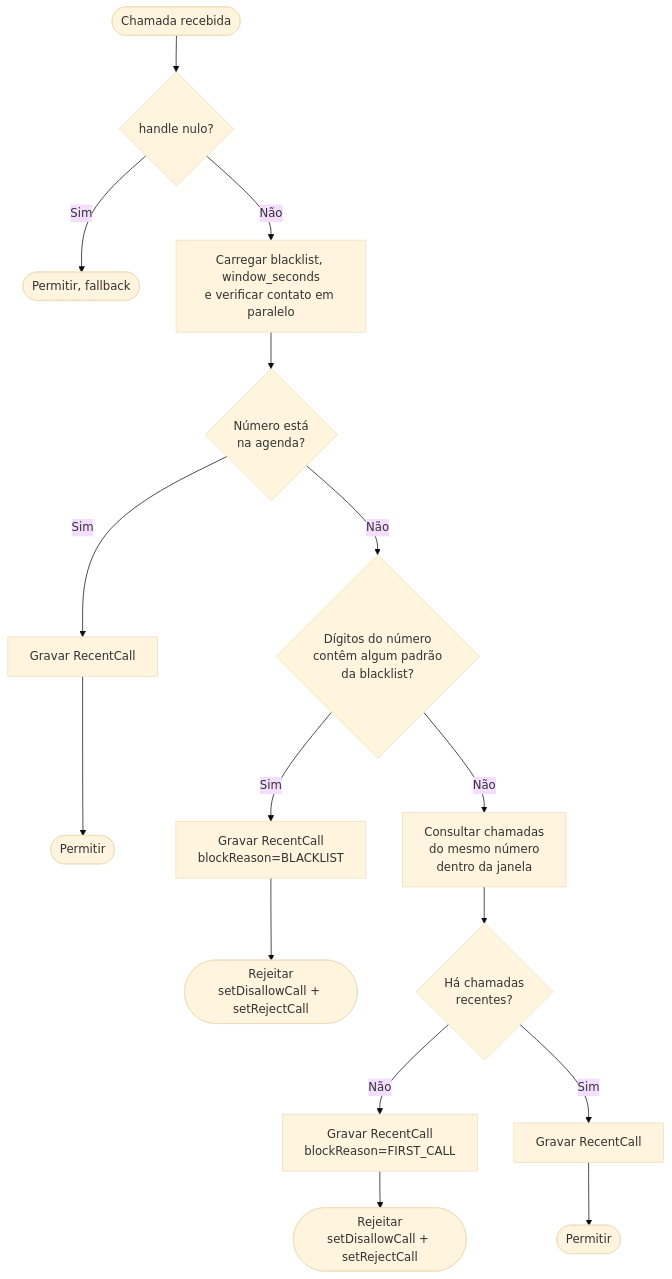
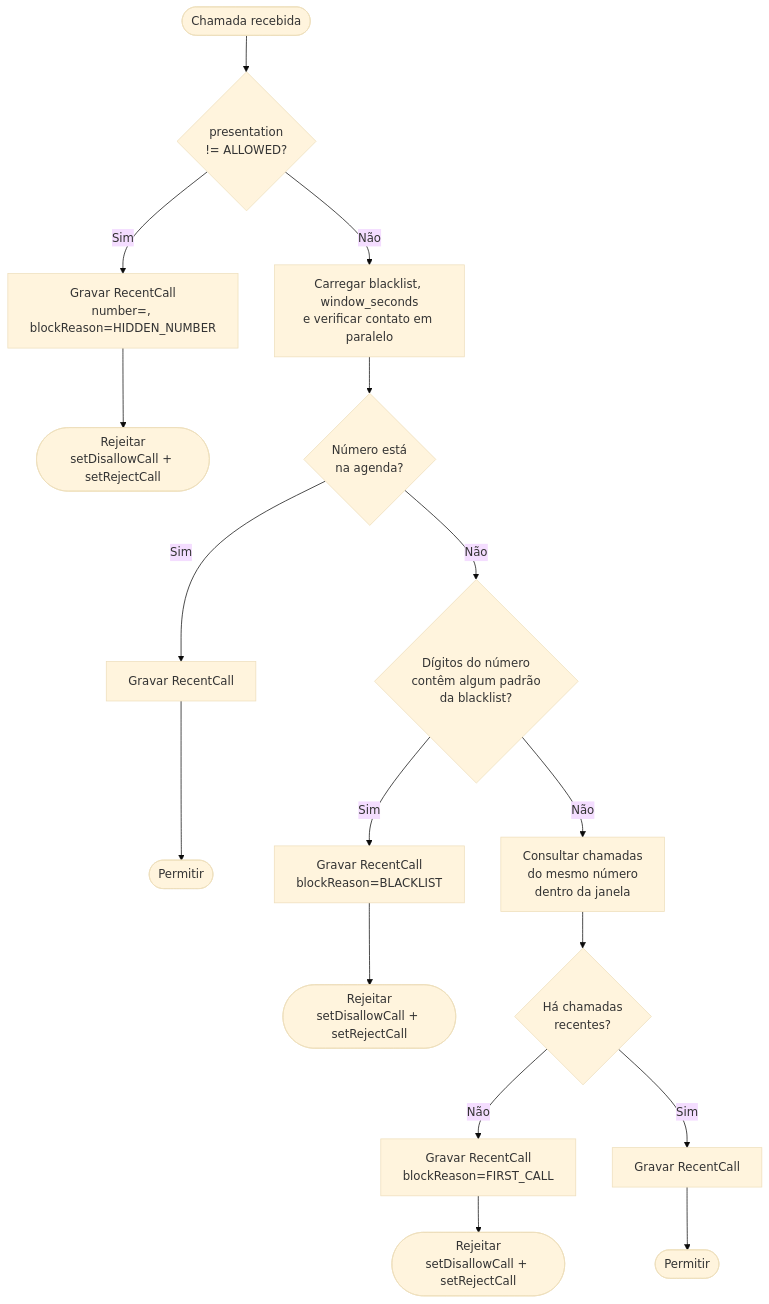
One commit to acdcmaia/call-guard changed the first of 3 diagrams in ARCHITECTURE.md. Above: the diagram before and after it, drawn with Mermaid (base theme). The commit also changed other lines of this file and 5 other files, not shown here.

First line of the commit message:
feat: bloquear chamadas com número oculto via getHandlePresentation()

````diff
--- a/ARCHITECTURE.md
+++ b/ARCHITECTURE.md
@@ -288,18 +293,19 @@
 ```mermaid
 flowchart TD
-    A([Chamada recebida]) --> B{handle nulo?}
-    B -- Sim --> Z1([Permitir, fallback])
-    B -- Não --> C[Carregar blacklist, window_seconds\ne verificar contato em paralelo]
+    A([Chamada recebida]) --> P{presentation\n!= ALLOWED?}
+    P -- Sim --> ZH[Gravar RecentCall\nnumber=, blockReason=HIDDEN_NUMBER]
+    ZH --> ZR([Rejeitar\nsetDisallowCall + setRejectCall])
+    P -- Não --> C[Carregar blacklist, window_seconds\ne verificar contato em paralelo]
     C --> CK{Número está\nna agenda?}
     CK -- Sim --> ZC[Gravar RecentCall]
     ZC --> Z5([Permitir])
     CK -- Não --> D{Dígitos do número\ncontêm algum padrão\nda blacklist?}
     D -- Sim --> E[Gravar RecentCall\nblockReason=BLACKLIST]
     E --> Z2([Rejeitar\nsetDisallowCall + setRejectCall])
     D -- Não --> F[Consultar chamadas\ndo mesmo número\ndentro da janela]
     F --> G{Há chamadas\nrecentes?}
     G -- Não --> H[Gravar RecentCall\nblockReason=FIRST_CALL]
     H --> Z3([Rejeitar\nsetDisallowCall + setRejectCall])
     G -- Sim --> I[Gravar RecentCall]
     I --> Z4([Permitir])
 ```
````
